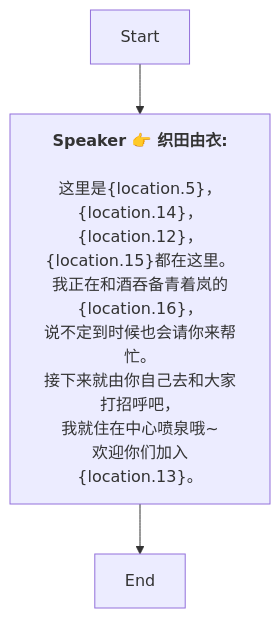
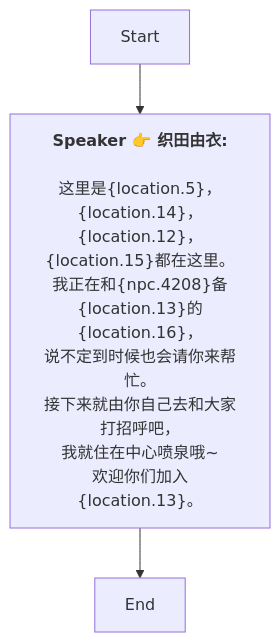
The diagram in Zh/QuestStartTalkENode_1741757389221183.md (SoftHu/tos_avg), drawn with Mermaid before and after one commit. The commit also changed 199 other files, not shown here.

````diff
--- a/Zh/QuestStartTalkENode_1741757389221183.md
+++ b/Zh/QuestStartTalkENode_1741757389221183.md
@@ -1,14 +1,14 @@
 ```mermaid
 graph
 Start -->1741757429204290[<b>Speaker 👉 织田由衣:</b>
 
 这里是&lbrace;location.5&rbrace;，
 &lbrace;location.14&rbrace;，&lbrace;location.12&rbrace;，&lbrace;location.15&rbrace;都在这里。
-我正在和酒吞备青着岚的&lbrace;location.16&rbrace;，
+我正在和&lbrace;npc.4208&rbrace;备&lbrace;location.13&rbrace;的&lbrace;location.16&rbrace;，
 说不定到时候也会请你来帮忙。
 接下来就由你自己去和大家打招呼吧，
 我就住在中心喷泉哦~
 欢迎你们加入&lbrace;location.13&rbrace;。]
 1741757429204290 -->1741757508892995[End]
 
  ```
````
